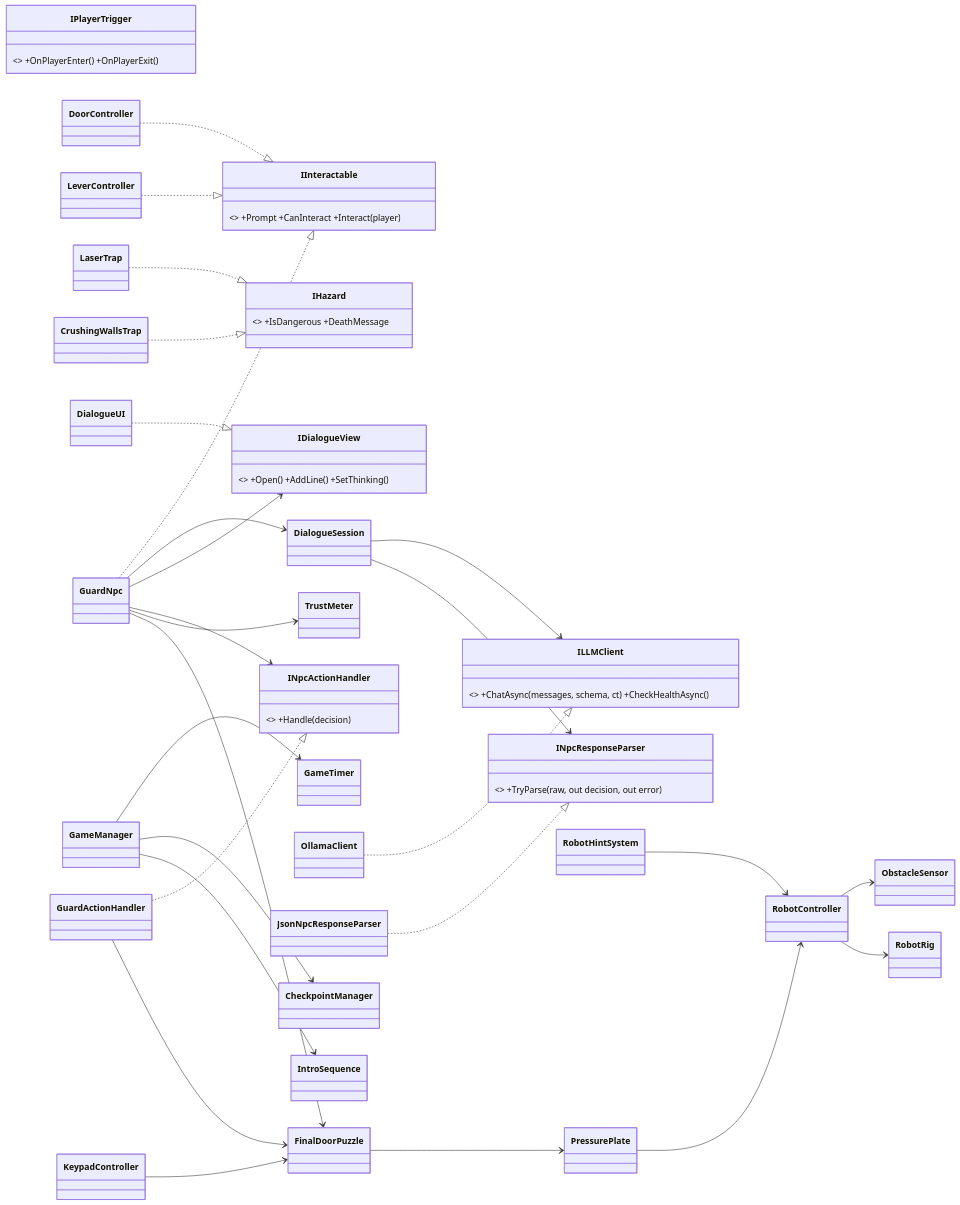
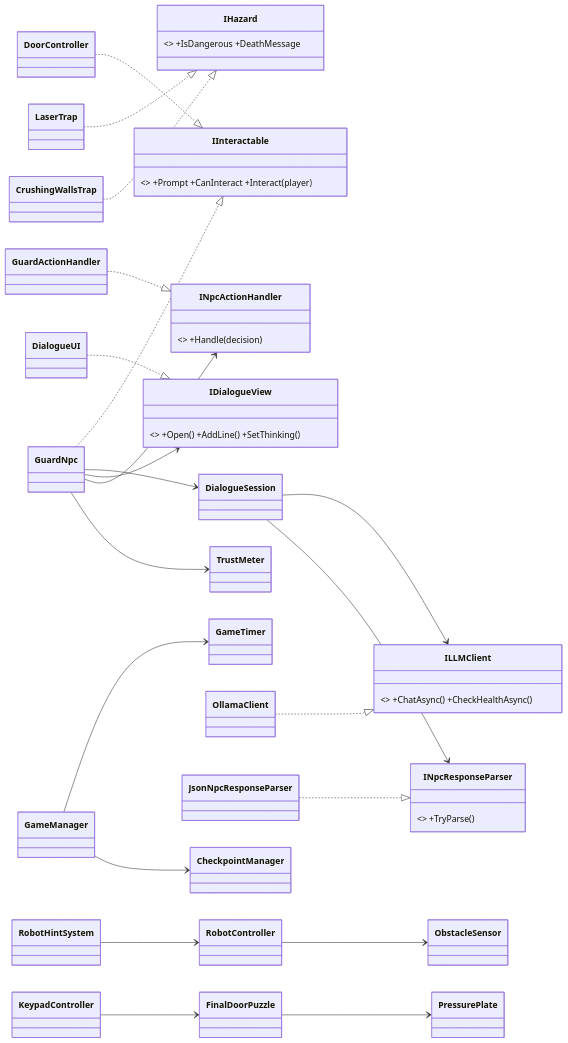
Before and after one commit to Sukhee505/game: the first of 6 diagrams in README.md, drawn with Mermaid. The commit also changed other lines of this file, not shown here.

````diff
--- a/README.md
+++ b/README.md
@@ -44,38 +64,31 @@
 ```mermaid
 classDiagram
     direction LR
     class IInteractable { <<interface>> +Prompt +CanInteract +Interact(player) }
     class IHazard { <<interface>> +IsDangerous +DeathMessage }
-    class IPlayerTrigger { <<interface>> +OnPlayerEnter() +OnPlayerExit() }
-    class ILLMClient { <<interface>> +ChatAsync(messages, schema, ct) +CheckHealthAsync() }
-    class INpcResponseParser { <<interface>> +TryParse(raw, out decision, out error) }
+    class ILLMClient { <<interface>> +ChatAsync() +CheckHealthAsync() }
+    class INpcResponseParser { <<interface>> +TryParse() }
     class INpcActionHandler { <<interface>> +Handle(decision) }
     class IDialogueView { <<interface>> +Open() +AddLine() +SetThinking() }
 
     GameManager --> GameTimer
     GameManager --> CheckpointManager
-    GameManager --> IntroSequence
     RobotController --> ObstacleSensor
-    RobotController --> RobotRig
     RobotHintSystem --> RobotController
     OllamaClient ..|> ILLMClient
     JsonNpcResponseParser ..|> INpcResponseParser
     GuardActionHandler ..|> INpcActionHandler
     DialogueUI ..|> IDialogueView
     DialogueSession --> ILLMClient
     DialogueSession --> INpcResponseParser
     GuardNpc ..|> IInteractable
     GuardNpc --> DialogueSession
     GuardNpc --> IDialogueView
     GuardNpc --> INpcActionHandler
     GuardNpc --> TrustMeter
-    GuardNpc --> FinalDoorPuzzle
     KeypadController --> FinalDoorPuzzle
-    GuardActionHandler --> FinalDoorPuzzle
     FinalDoorPuzzle --> PressurePlate
-    PressurePlate --> RobotController
     DoorController ..|> IInteractable
-    LeverController ..|> IInteractable
     LaserTrap ..|> IHazard
     CrushingWallsTrap ..|> IHazard
 ```
````
